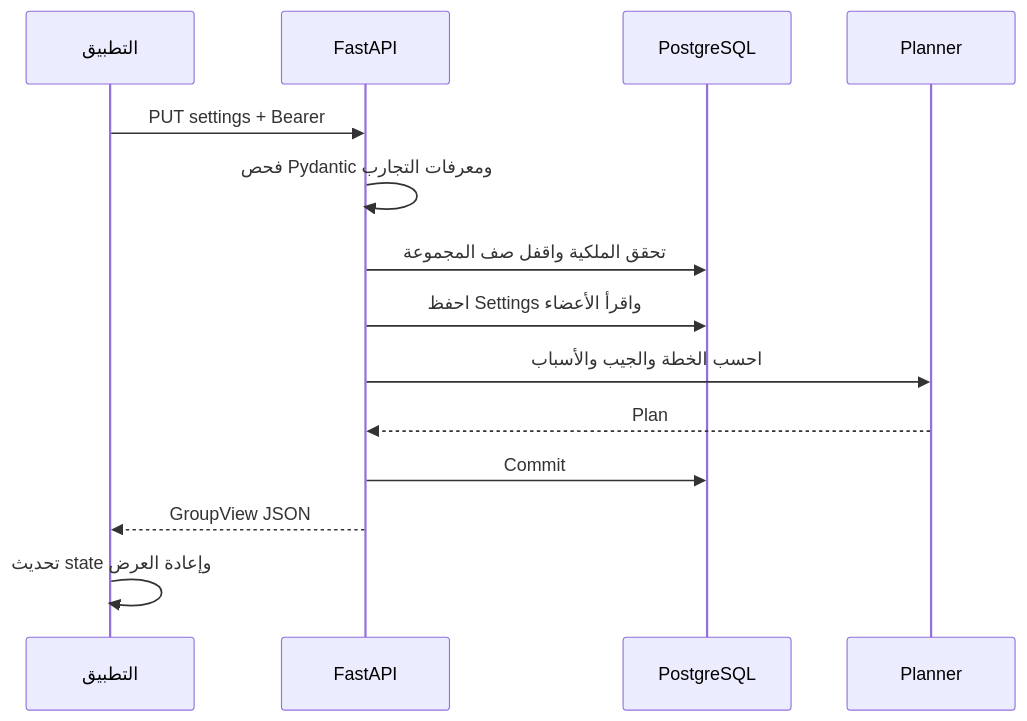
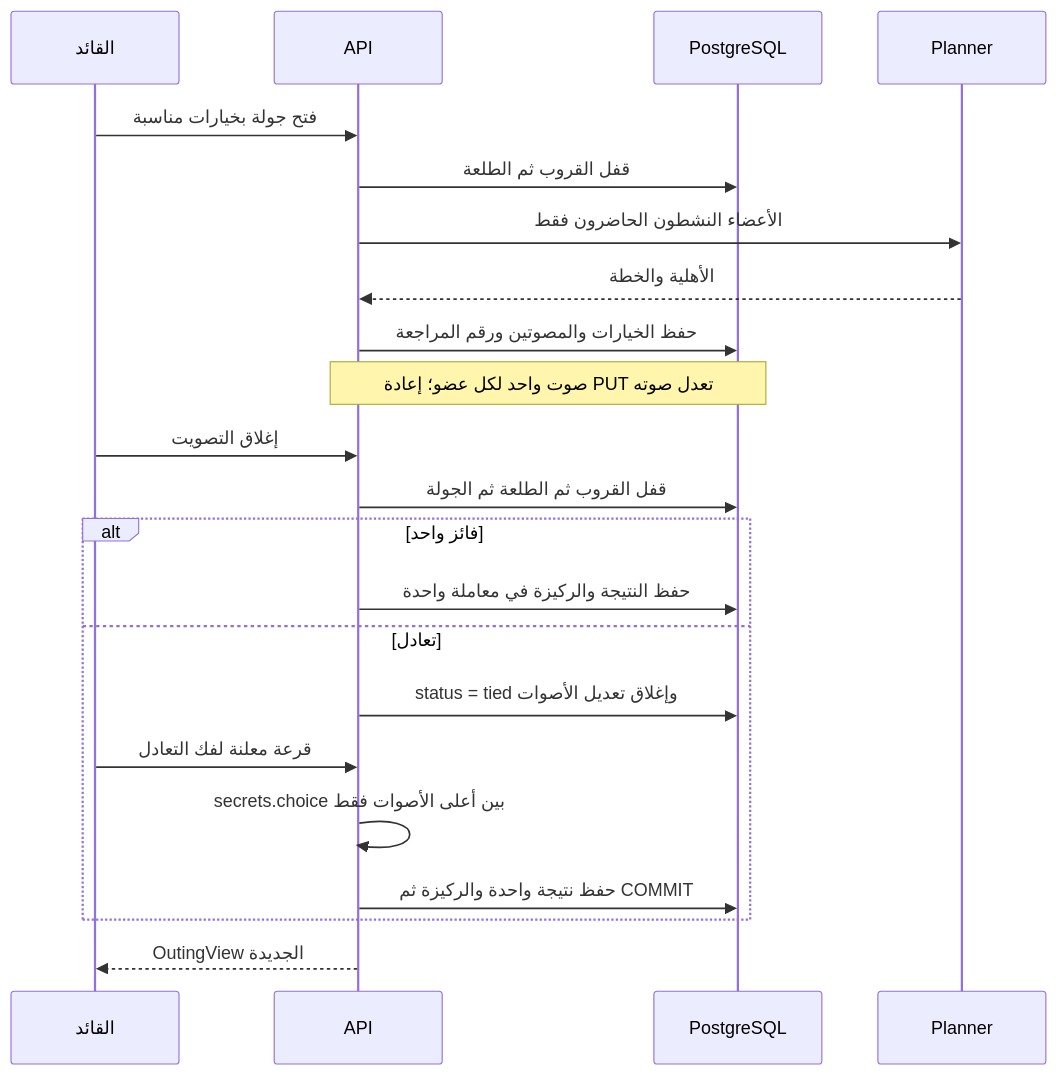
The fourth of 4 diagrams in docs/architecture-python-postgres.ar.md (shathaaa1110-arch/hatim-app), drawn with Mermaid before and after one commit. The commit also changed other lines of this file and 40 other files, not shown here.

````diff
--- a/docs/architecture-python-postgres.ar.md
+++ b/docs/architecture-python-postgres.ar.md
@@ -194,16 +159,24 @@
 ```mermaid
 sequenceDiagram
-    participant UI as التطبيق
-    participant API as FastAPI
-    participant DB as PostgreSQL
+    participant C as القائد
+    participant A as API
+    participant D as PostgreSQL
     participant P as Planner
-    UI->>API: PUT settings + Bearer
-    API->>API: فحص Pydantic ومعرفات التجارب
-    API->>DB: تحقق الملكية واقفل صف المجموعة
-    API->>DB: احفظ Settings واقرأ الأعضاء
-    API->>P: احسب الخطة والجيب والأسباب
-    P-->>API: Plan
-    API->>DB: Commit
-    API-->>UI: GroupView JSON
-    UI->>UI: تحديث state وإعادة العرض
+    C->>A: فتح جولة بخيارات مناسبة
+    A->>D: قفل القروب ثم الطلعة
+    A->>P: الأعضاء النشطون الحاضرون فقط
+    P-->>A: الأهلية والخطة
+    A->>D: حفظ الخيارات والمصوتين ورقم المراجعة
+    Note over A,D: صوت واحد لكل عضو؛ إعادة PUT تعدل صوته
+    C->>A: إغلاق التصويت
+    A->>D: قفل القروب ثم الطلعة ثم الجولة
+    alt فائز واحد
+        A->>D: حفظ النتيجة والركيزة في معاملة واحدة
+    else تعادل
+        A->>D: status = tied وإغلاق تعديل الأصوات
+        C->>A: قرعة معلنة لفك التعادل
+        A->>A: secrets.choice بين أعلى الأصوات فقط
+        A->>D: حفظ نتيجة واحدة والركيزة ثم COMMIT
+    end
+    A-->>C: OutingView الجديدة
 ```
````
